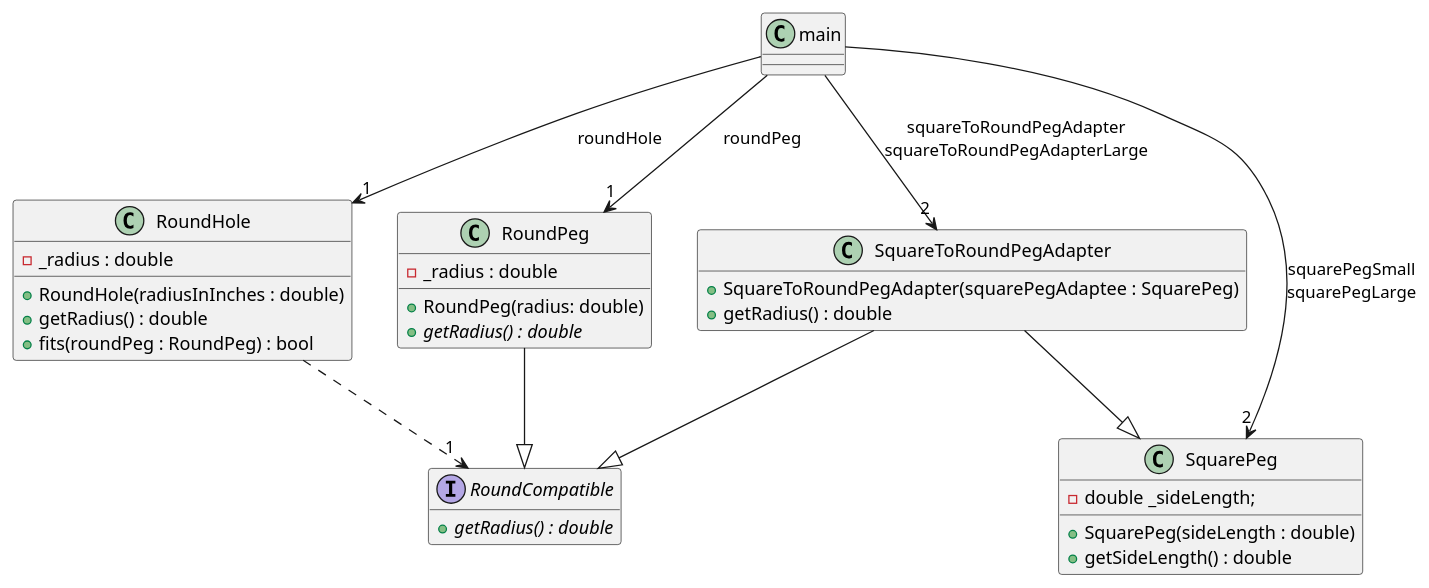
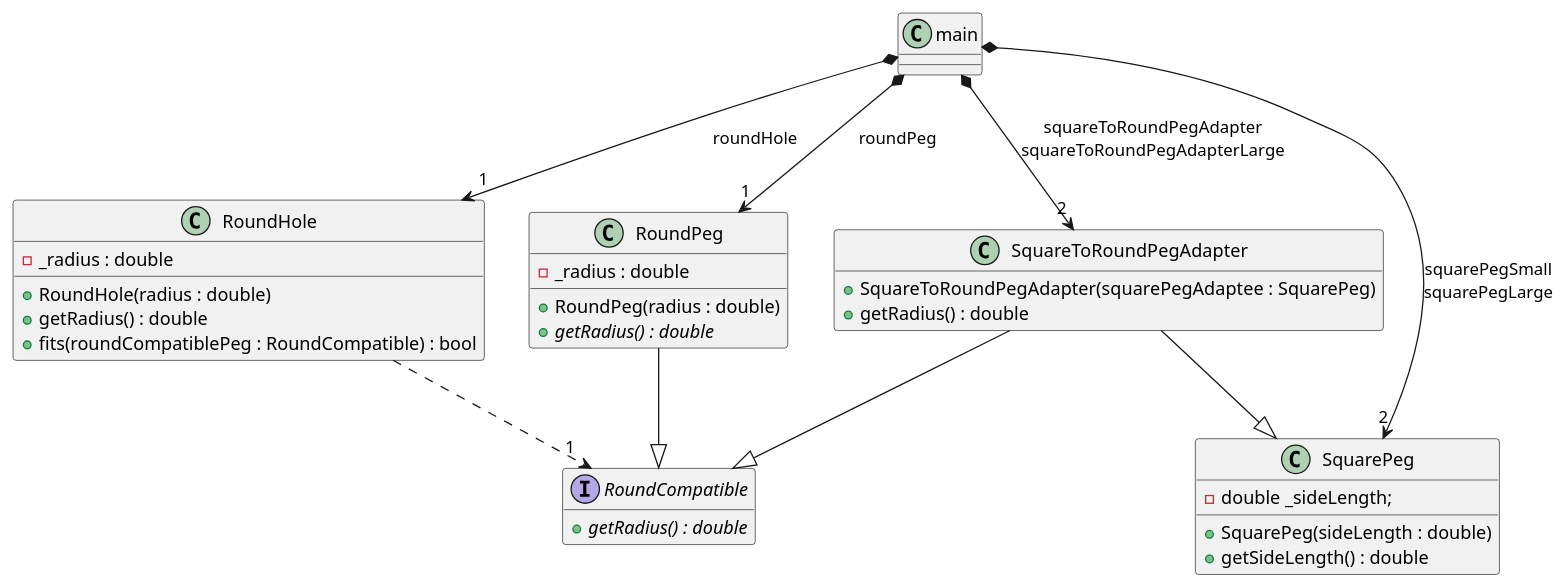
One commit to kyberdrb/CLionProjects changed the diagram in Design_Patterns_CPP/Structural/Adapter/Class_adapter_as_interface_without_reference_wrapper_with_polymorphism_with_multiple_inheritance-compile_time_CPP_14/class_adapter-class_diagram.puml. Above: the diagram before and after it, drawn with PlantUML. The commit also changed 52 other files, not shown here.

```diff
--- a/Design_Patterns_CPP/Structural/Adapter/Class_adapter_as_interface_without_reference_wrapper_with_polymorphism_with_multiple_inheritance-compile_time_CPP_14/class_adapter-class_diagram.puml
+++ b/Design_Patterns_CPP/Structural/Adapter/Class_adapter_as_interface_without_reference_wrapper_with_polymorphism_with_multiple_inheritance-compile_time_CPP_14/class_adapter-class_diagram.puml
@@ -1,53 +1,53 @@
 @startuml
 'https://plantuml.com/class-diagram
 
 class main
 
 class RoundHole {
-    + RoundHole(radiusInInches : double)
+    + RoundHole(radius : double)
     + getRadius() : double
-    + fits(roundPeg : RoundPeg) : bool
+    + fits(roundCompatiblePeg : RoundCompatible) : bool
 
     - _radius : double
 }
 
-main --> "1" RoundHole : roundHole
+main *--> "1" RoundHole : roundHole
 RoundHole ..> "1" RoundCompatible
 
 interface RoundCompatible {
     + {abstract} getRadius() : double
 }
 
 hide RoundCompatible fields
 
 class RoundPeg {
-    + RoundPeg(radius: double)
+    + RoundPeg(radius : double)
     + {abstract} getRadius() : double
 
     - _radius : double
 }
 
-main --> "1" RoundPeg : roundPeg
+main *--> "1" RoundPeg : roundPeg
 RoundPeg --|> RoundCompatible
 
 class SquarePeg {
     + SquarePeg(sideLength : double)
     + getSideLength() : double
 
     - double _sideLength;
 }
 
-main --> "2" SquarePeg : squarePegSmall\nsquarePegLarge
+main *--> "2" SquarePeg : squarePegSmall\nsquarePegLarge
 
 class SquareToRoundPegAdapter {
     + SquareToRoundPegAdapter(squarePegAdaptee : SquarePeg)
     + getRadius() : double
 }
 
 hide SquareToRoundPegAdapter fields
 
-main --> "2" SquareToRoundPegAdapter : squareToRoundPegAdapter\nsquareToRoundPegAdapterLarge
+main *--> "2" SquareToRoundPegAdapter : squareToRoundPegAdapter\nsquareToRoundPegAdapterLarge
 SquareToRoundPegAdapter --|> RoundCompatible
 SquareToRoundPegAdapter --|> SquarePeg
 
 @enduml
```
